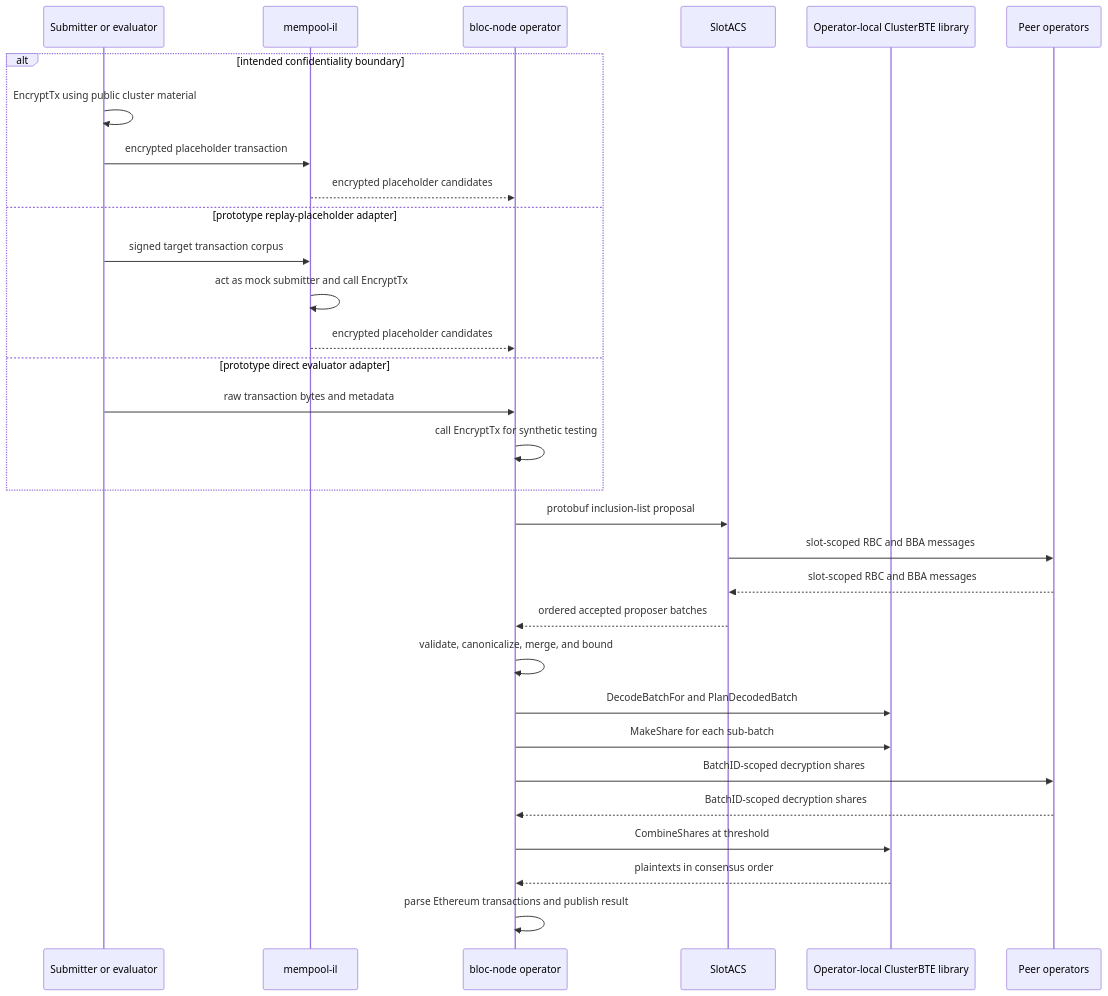
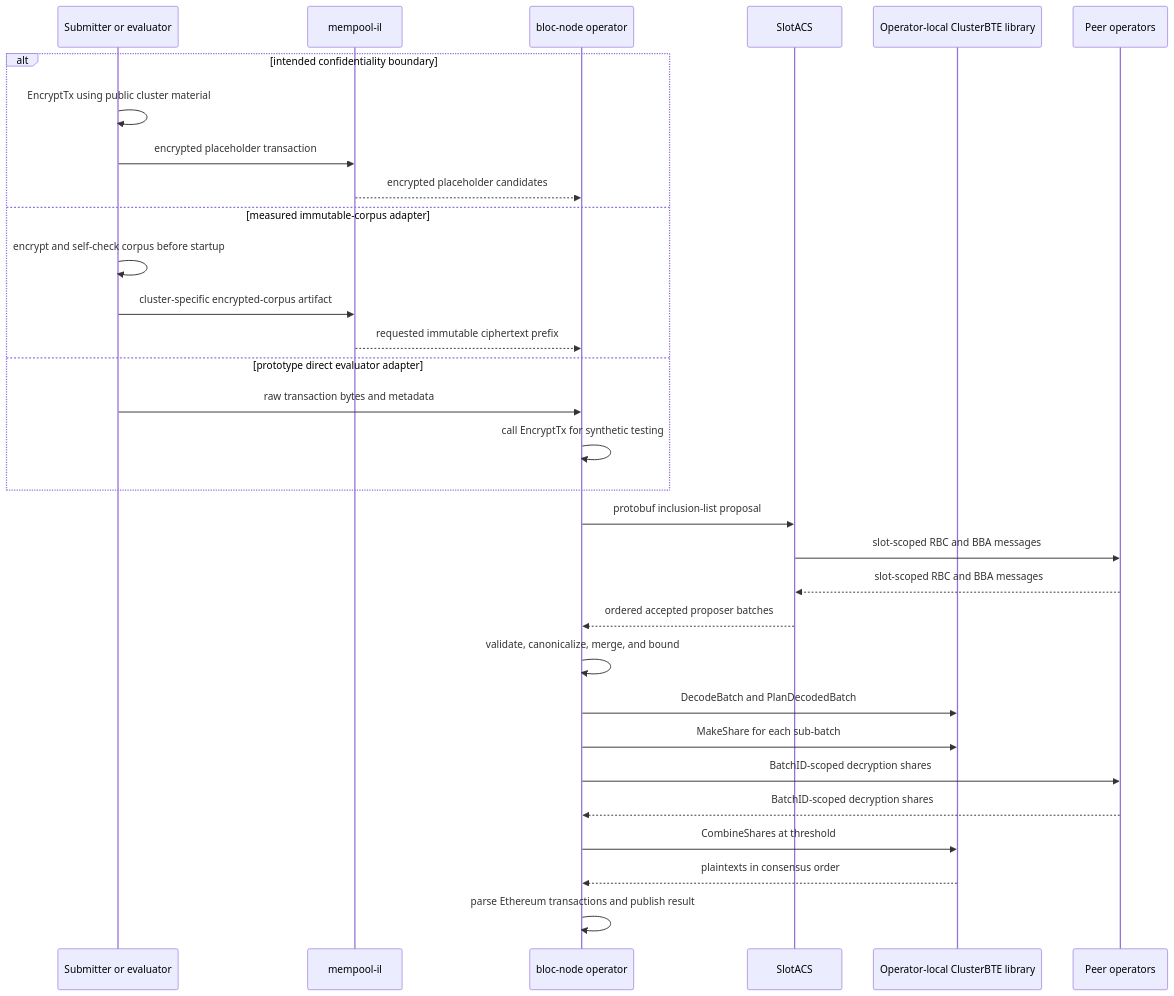
One commit to VascoMS/bloc changed the second of 2 diagrams in docs/ARCHITECTURE.md. Above: the diagram before and after it, drawn with Mermaid. The commit also changed other lines of this file and 14 other files, not shown here.

````diff
--- a/docs/ARCHITECTURE.md
+++ b/docs/ARCHITECTURE.md
@@ -90,34 +90,34 @@
 ```mermaid
 sequenceDiagram
     participant S as Submitter or evaluator
     participant M as mempool-il
     participant N as bloc-node operator
     participant A as SlotACS
     participant B as Operator-local ClusterBTE library
     participant P as Peer operators
 
     alt intended confidentiality boundary
         S->>S: EncryptTx using public cluster material
         S->>M: encrypted placeholder transaction
         M-->>N: encrypted placeholder candidates
-    else prototype replay-placeholder adapter
-        S->>M: signed target transaction corpus
-        M->>M: act as mock submitter and call EncryptTx
-        M-->>N: encrypted placeholder candidates
+    else measured immutable-corpus adapter
+        S->>S: encrypt and self-check corpus before startup
+        S->>M: cluster-specific encrypted-corpus artifact
+        M-->>N: requested immutable ciphertext prefix
     else prototype direct evaluator adapter
         S->>N: raw transaction bytes and metadata
         N->>N: call EncryptTx for synthetic testing
     end
     N->>A: protobuf inclusion-list proposal
     A->>P: slot-scoped RBC and BBA messages
     P-->>A: slot-scoped RBC and BBA messages
     A-->>N: ordered accepted proposer batches
     N->>N: validate, canonicalize, merge, and bound
-    N->>B: DecodeBatchFor and PlanDecodedBatch
+    N->>B: DecodeBatch and PlanDecodedBatch
     N->>B: MakeShare for each sub-batch
     N->>P: BatchID-scoped decryption shares
     P-->>N: BatchID-scoped decryption shares
     N->>B: CombineShares at threshold
     B-->>N: plaintexts in consensus order
     N->>N: parse Ethereum transactions and publish result
 ```
````
